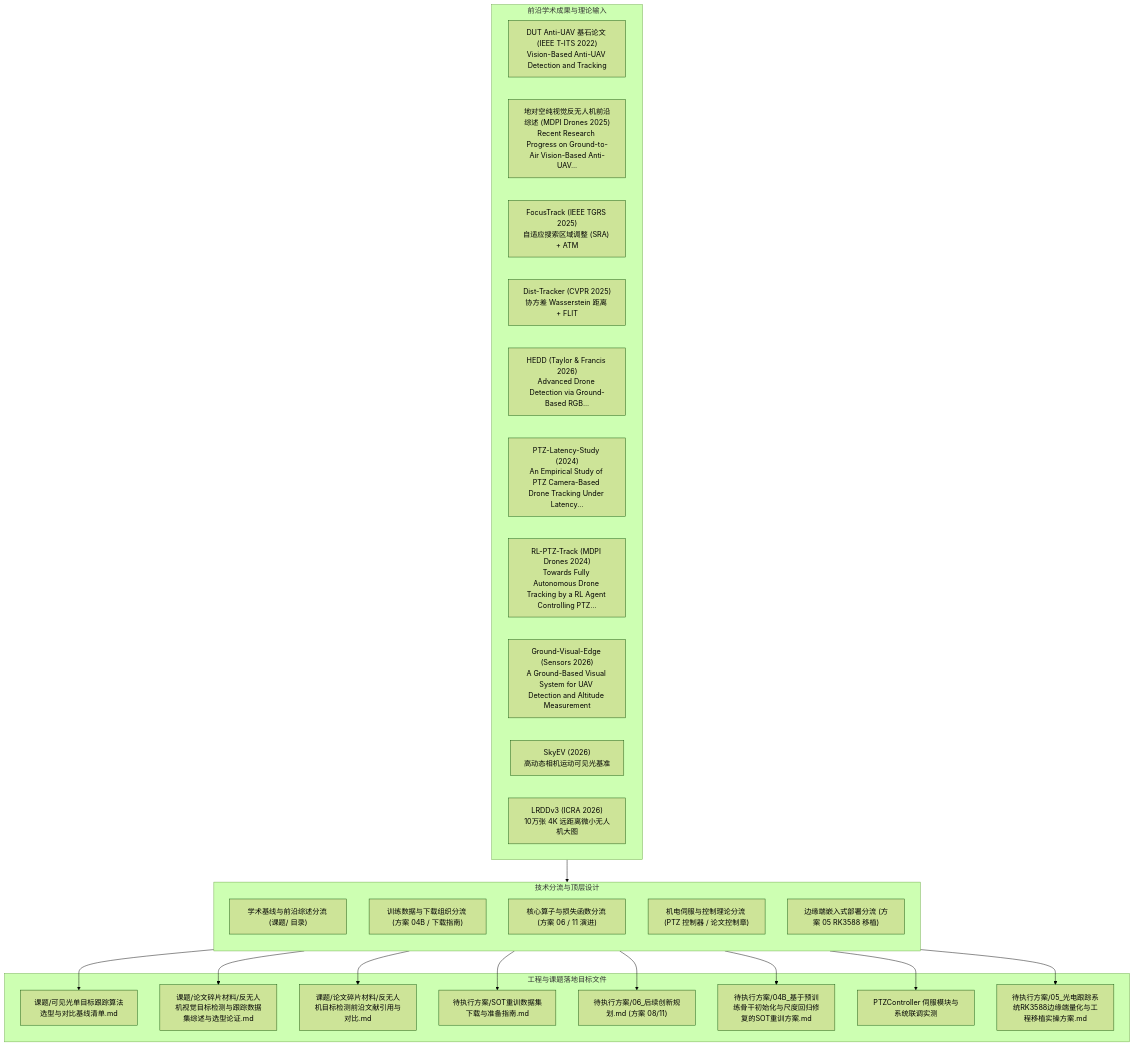
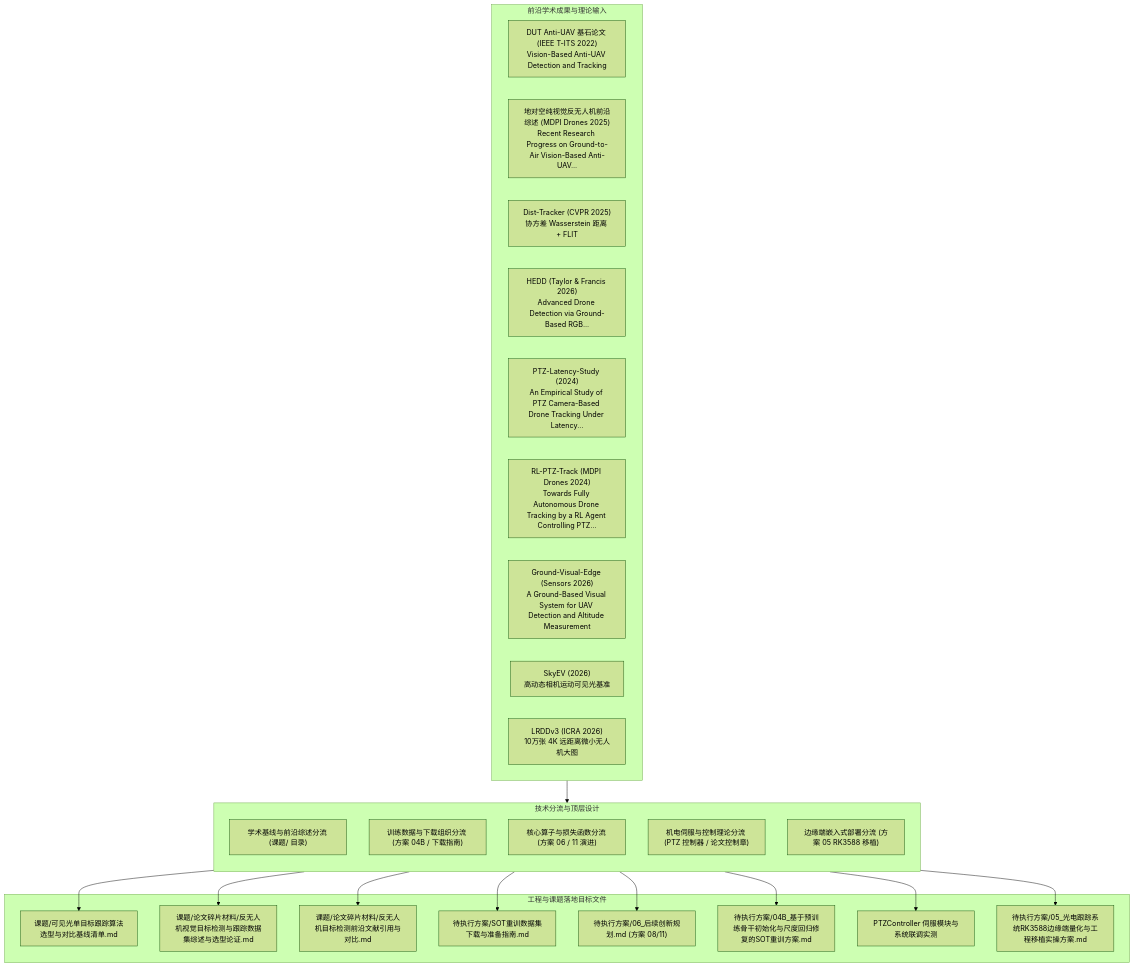
The first of 2 diagrams in 待执行方案/临时_前沿小模型与数据集纳入课题演进规划方案.md (soranokiseki1437/nanhu_RGB_PTZ), drawn with Mermaid (forest theme) before and after one commit. The commit also changed other lines of this file and 1 other file, not shown here.

````diff
--- a/待执行方案/临时_前沿小模型与数据集纳入课题演进规划方案.md
+++ b/待执行方案/临时_前沿小模型与数据集纳入课题演进规划方案.md
@@ -17,45 +21,44 @@
 ```mermaid
 flowchart TD
     subgraph Frontiers ["前沿学术成果与理论输入"]
         B0["DUT Anti-UAV 基石论文 (IEEE T-ITS 2022)<br/>Vision-Based Anti-UAV Detection and Tracking"]
         D1["地对空纯视觉反无人机前沿综述 (MDPI Drones 2025)<br/>Recent Research Progress on Ground-to-Air Vision-Based Anti-UAV..."]
-        M1["FocusTrack (IEEE TGRS 2025)<br/>自适应搜索区域调整 (SRA) + ATM"]
         M2["Dist-Tracker (CVPR 2025)<br/>协方差 Wasserstein 距离 + FLIT"]
         M3["HEDD (Taylor & Francis 2026)<br/>Advanced Drone Detection via Ground-Based RGB..."]
         M4["PTZ-Latency-Study (2024)<br/>An Empirical Study of PTZ Camera-Based Drone Tracking Under Latency..."]
         M5["RL-PTZ-Track (MDPI Drones 2024)<br/>Towards Fully Autonomous Drone Tracking by a RL Agent Controlling PTZ..."]
         M6["Ground-Visual-Edge (Sensors 2026)<br/>A Ground-Based Visual System for UAV Detection and Altitude Measurement"]
         D2["SkyEV (2026)<br/>高动态相机运动可见光基准"]
         D3["LRDDv3 (ICRA 2026)<br/>10万张 4K 远距离微小无人机大图"]
     end
 
     subgraph MetaPlan ["技术分流与顶层设计"]
         direction TB
         L1["学术基线与前沿综述分流 (课题/ 目录)"]
         L2["训练数据与下载组织分流 (方案 04B / 下载指南)"]
         L3["核心算子与损失函数分流 (方案 06 / 11 演进)"]
         L4["机电伺服与控制理论分流 (PTZ 控制器 / 论文控制章)"]
         L5["边缘端嵌入式部署分流 (方案 05 RK3588 移植)"]
     end
 
     subgraph Targets ["工程与课题落地目标文件"]
         T1["课题/可见光单目标跟踪算法选型与对比基线清单.md"]
         T2["课题/论文碎片材料/反无人机视觉目标检测与跟踪数据集综述与选型论证.md"]
         T3["课题/论文碎片材料/反无人机目标检测前沿文献引用与对比.md"]
         T4["待执行方案/SOT重训数据集下载与准备指南.md"]
         T5["待执行方案/06_后续创新规划.md (方案 08/11)"]
         T6["待执行方案/04B_基于预训练骨干初始化与尺度回归修复的SOT重训方案.md"]
         T7["PTZController 伺服模块与系统联调实测"]
         T8["待执行方案/05_光电跟踪系统RK3588边缘端量化与工程移植实操方案.md"]
     end
 
     Frontiers --> MetaPlan
     L1 --> T1
     L1 --> T2
     L1 --> T3
     L2 --> T4
     L3 --> T5
     L3 --> T6
     L4 --> T7
     L5 --> T8
 ```
````
